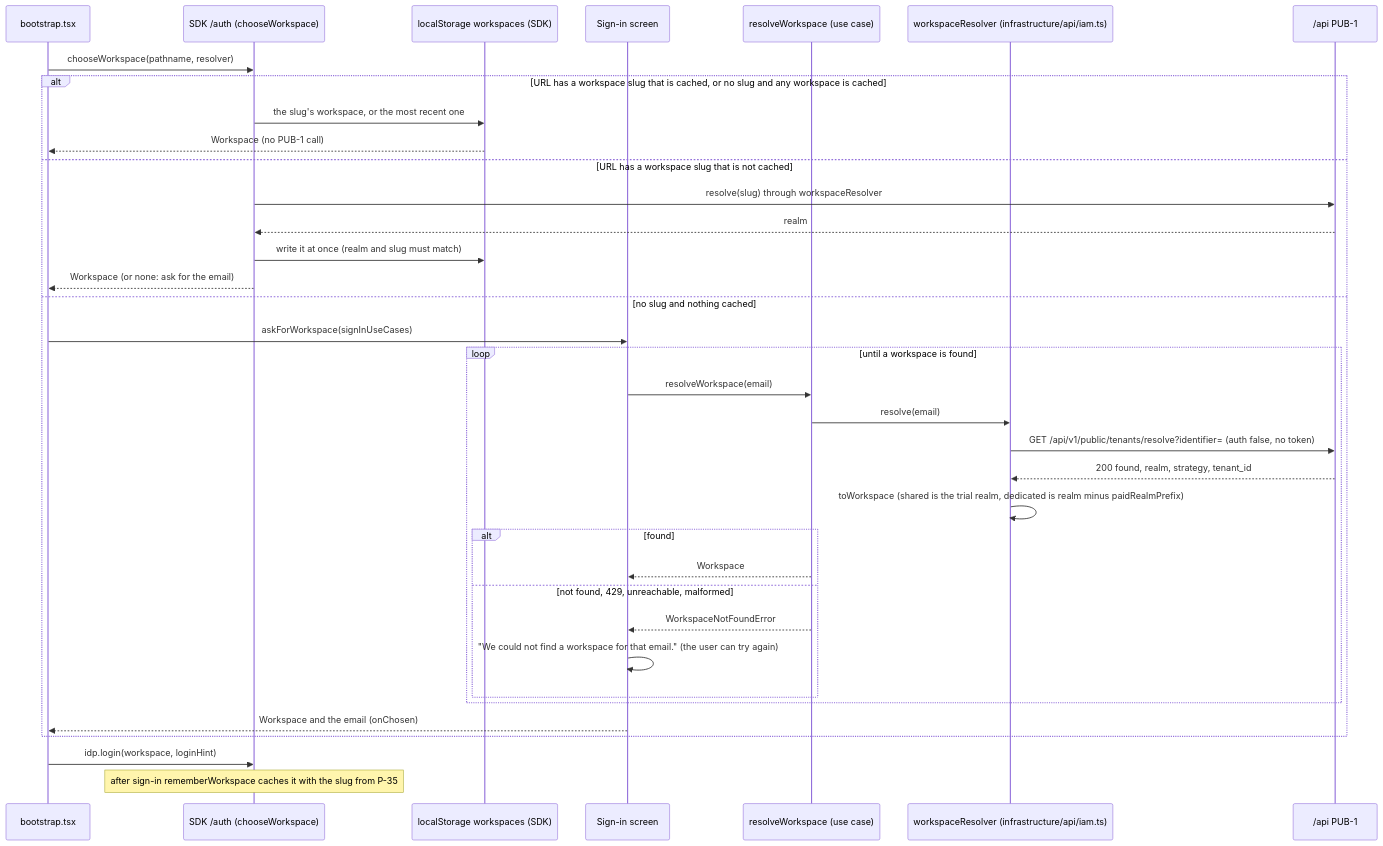
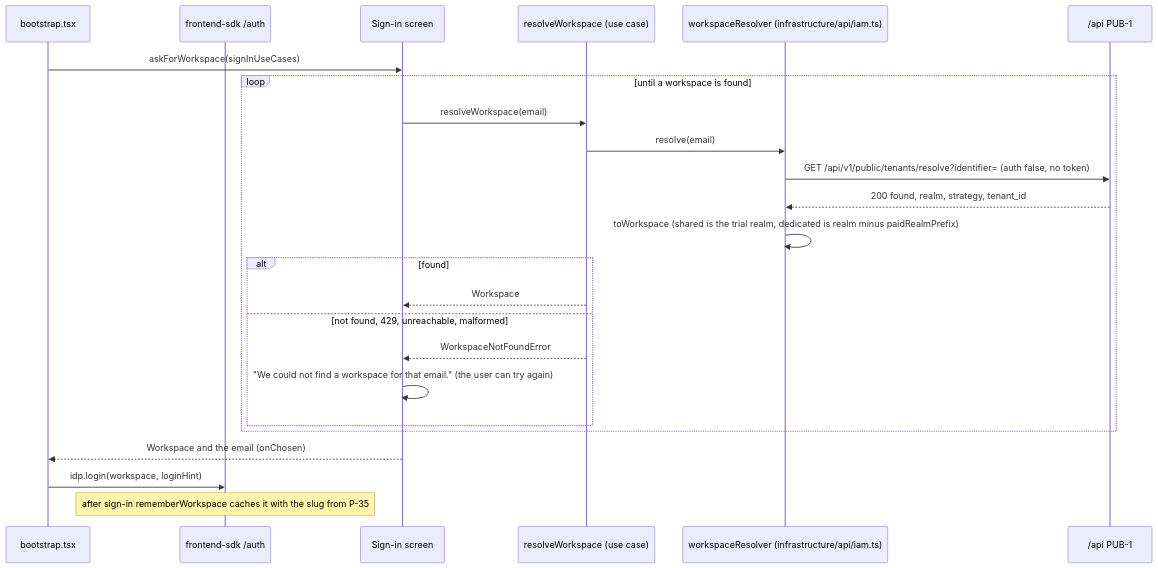
Before and after one commit to BCBP-SOLUTIONS-FZC-LLC/web-shell: the seventh of 11 diagrams in ARCHITECTURE.md, drawn with Mermaid. The commit also changed other lines of this file and 9 other files, not shown here.

````diff
--- a/ARCHITECTURE.md
+++ b/ARCHITECTURE.md
@@ -425,39 +415,27 @@
 ```mermaid
 sequenceDiagram
     participant Boot as bootstrap.tsx
-    participant SDK as SDK /auth (chooseWorkspace)
-    participant Cache as localStorage workspaces (SDK)
+    participant SDK as frontend-sdk /auth
     participant Screen as Sign-in screen
     participant UC as resolveWorkspace (use case)
     participant Port as workspaceResolver (infrastructure/api/iam.ts)
     participant PUB as /api PUB-1
 
-    Boot->>SDK: chooseWorkspace(pathname, resolver)
-    alt URL has a workspace slug that is cached, or no slug and any workspace is cached
-        SDK->>Cache: the slug's workspace, or the most recent one
-        Cache-->>Boot: Workspace (no PUB-1 call)
-    else URL has a workspace slug that is not cached
-        SDK->>PUB: resolve(slug) through workspaceResolver
-        PUB-->>SDK: realm
-        SDK->>Cache: write it at once (realm and slug must match)
-        SDK-->>Boot: Workspace (or none: ask for the email)
-    else no slug and nothing cached
-        Boot->>Screen: askForWorkspace(signInUseCases)
-        loop until a workspace is found
-            Screen->>UC: resolveWorkspace(email)
-            UC->>Port: resolve(email)
-            Port->>PUB: GET /api/v1/public/tenants/resolve?identifier= (auth false, no token)
-            PUB-->>Port: 200 found, realm, strategy, tenant_id
-            Port->>Port: toWorkspace (shared is the trial realm, dedicated is realm minus paidRealmPrefix)
-            alt found
-                UC-->>Screen: Workspace
-            else not found, 429, unreachable, malformed
-                UC-->>Screen: WorkspaceNotFoundError
-                Screen->>Screen: "We could not find a workspace for that email." (the user can try again)
-            end
+    Boot->>Screen: askForWorkspace(signInUseCases)
+    loop until a workspace is found
+        Screen->>UC: resolveWorkspace(email)
+        UC->>Port: resolve(email)
+        Port->>PUB: GET /api/v1/public/tenants/resolve?identifier= (auth false, no token)
+        PUB-->>Port: 200 found, realm, strategy, tenant_id
+        Port->>Port: toWorkspace (shared is the trial realm, dedicated is realm minus paidRealmPrefix)
+        alt found
+            UC-->>Screen: Workspace
+        else not found, 429, unreachable, malformed
+            UC-->>Screen: WorkspaceNotFoundError
+            Screen->>Screen: "We could not find a workspace for that email." (the user can try again)
         end
-        Screen-->>Boot: Workspace and the email (onChosen)
     end
+    Screen-->>Boot: Workspace and the email (onChosen)
     Boot->>SDK: idp.login(workspace, loginHint)
     Note over SDK: after sign-in rememberWorkspace caches it with the slug from P-35
 ```
````
